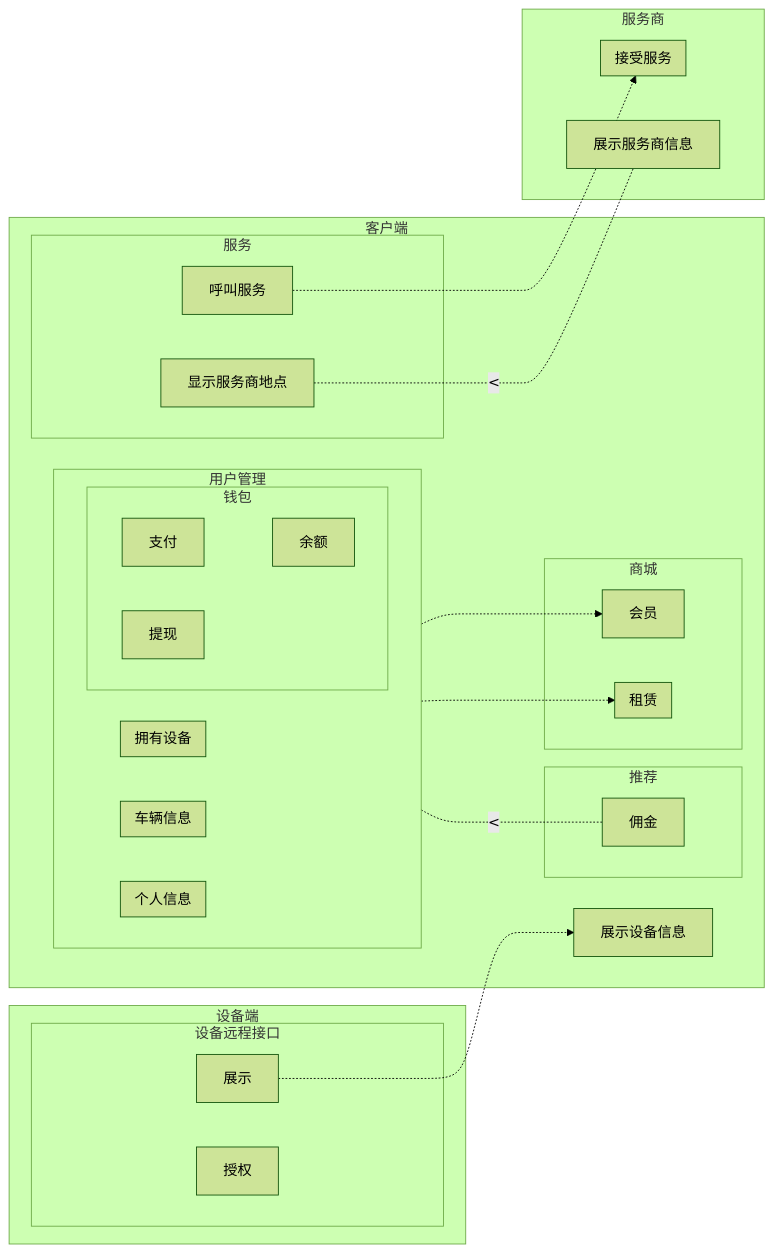
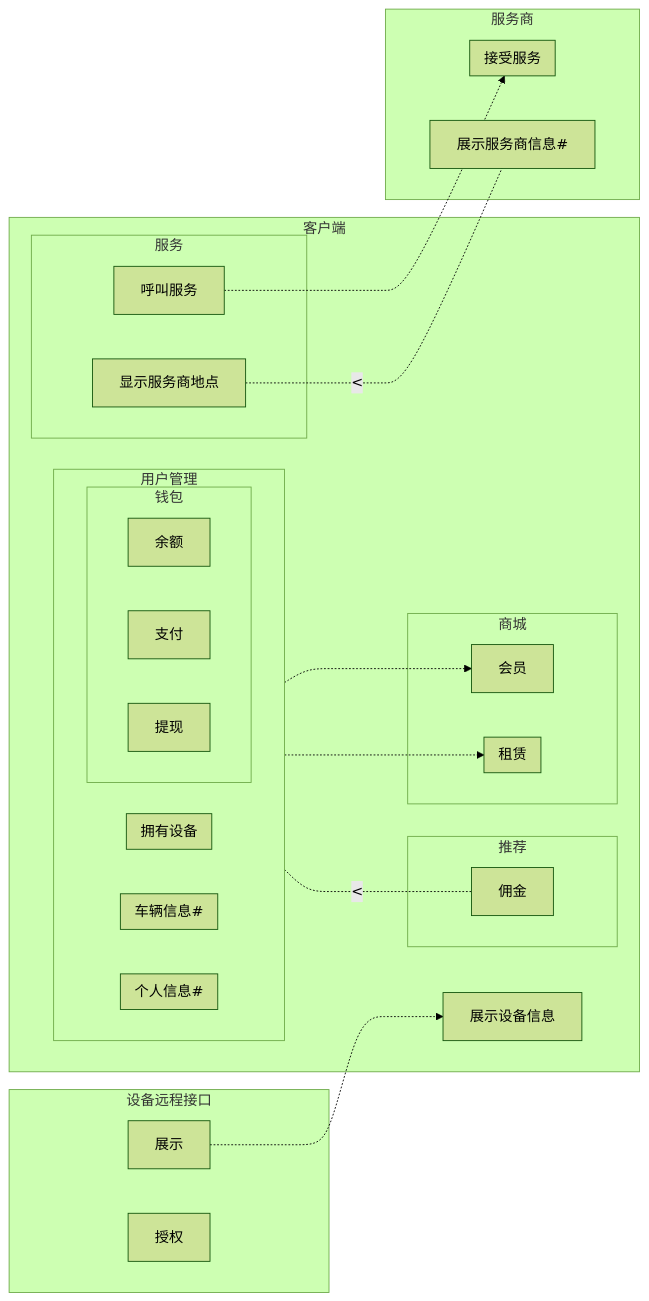
The diagram in README.md (egenerator/egenerator.github.io), drawn with Mermaid (forest theme) before and after one commit.

````diff
--- a/README.md
+++ b/README.md
@@ -1,58 +1,55 @@
 ```mermaid
 
 flowchart LR;
     呼叫服务-.->接受服务
-    显示服务商地点-."<"-.-展示服务商信息
+    显示服务商地点-."<"-.-展示服务商信息#
     余额-."<"-.-佣金
 
     展示-.->展示设备信息
-    余额-.->钱包
     支付-.->租赁
     支付-.->会员
 
     subgraph 客户端
 
         subgraph "用户管理"       
          direction RL
-            subgraph "个人信息"
+            subgraph "个人信息#"
             end
-            subgraph "车辆信息"
+            subgraph "车辆信息#"
             end
             subgraph "拥有设备"
             end
             subgraph 钱包
                 余额
                 支付
                 提现
             end
         end
         展示设备信息
         subgraph 推荐
             佣金
         end
         subgraph "商城"
             subgraph "租赁"
             end
             会员
         end
         subgraph 服务
             显示服务商地点
             呼叫服务
         end
     end
-    subgraph 设备端
         subgraph 设备远程接口
             展示
             授权
         end
-    end
 
 
     subgraph "服务商"
         subgraph "接受服务"
         end
-        展示服务商信息
+        展示服务商信息#
     end
 
 
 ```
````
